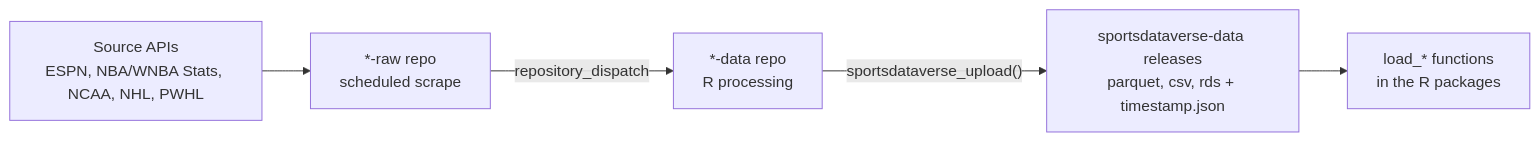
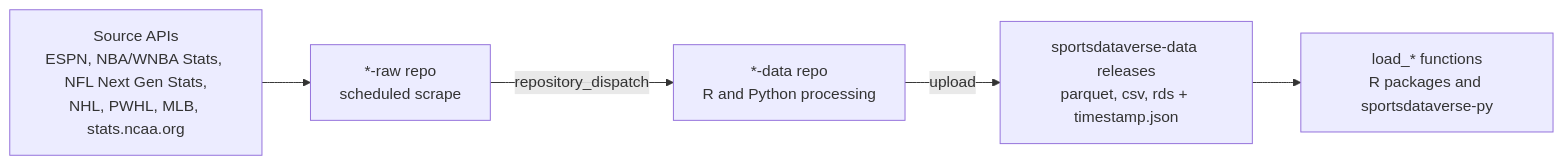
Before and after one commit to sportsdataverse/sportsdataverse-data: the diagram in README.Rmd, drawn with Mermaid. The commit also changed other lines of this file and 2 other files, not shown here.

````diff
--- a/README.Rmd
+++ b/README.Rmd
@@ -368,12 +351,12 @@
 ```mermaid
 flowchart LR
-  API["Source APIs<br/>ESPN, NBA/WNBA Stats, NCAA, NHL, PWHL"]
+  API["Source APIs<br/>ESPN, NBA/WNBA Stats, NFL Next Gen Stats,<br/>NHL, PWHL, MLB, stats.ncaa.org"]
   RAW["*-raw repo<br/>scheduled scrape"]
-  DATA["*-data repo<br/>R processing"]
+  DATA["*-data repo<br/>R and Python processing"]
   REL["sportsdataverse-data releases<br/>parquet, csv, rds + timestamp.json"]
-  LOAD["load_* functions<br/>in the R packages"]
+  LOAD["load_* functions<br/>R packages and sportsdataverse-py"]
   API --> RAW
   RAW -->|"repository_dispatch"| DATA
-  DATA -->|"sportsdataverse_upload()"| REL
+  DATA -->|"upload"| REL
   REL --> LOAD
 ```
````
